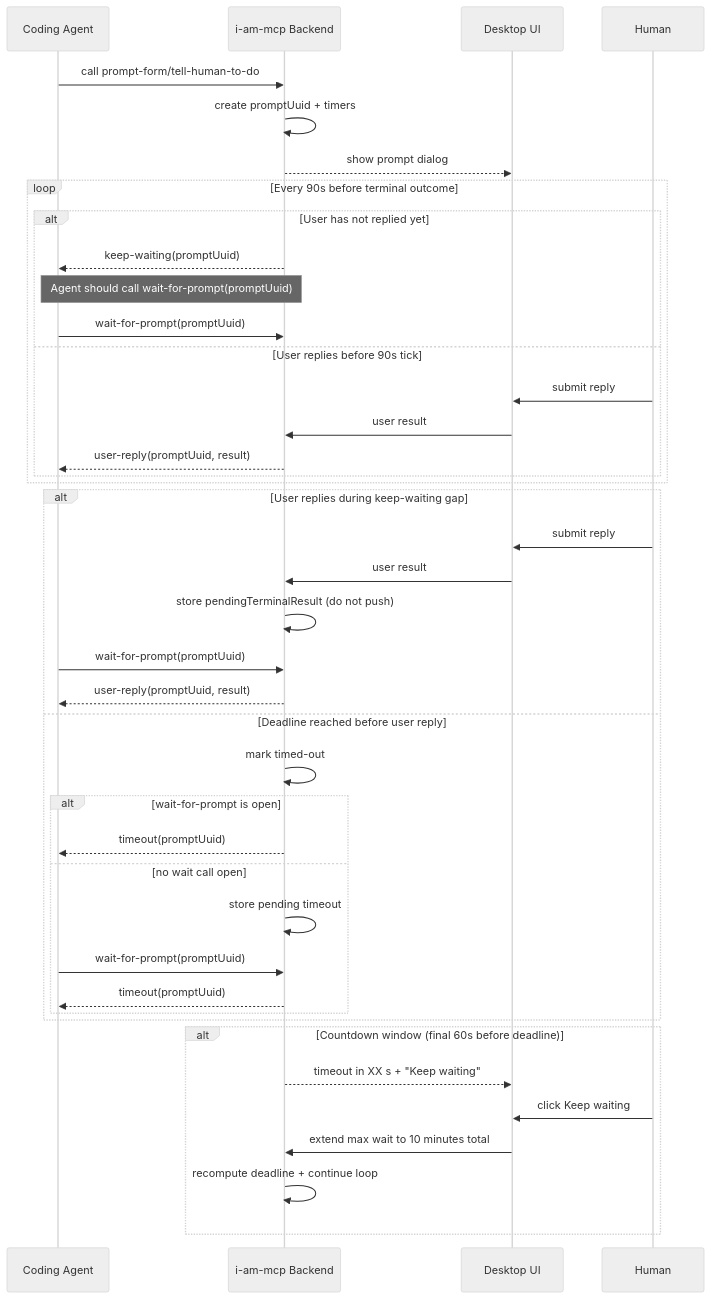
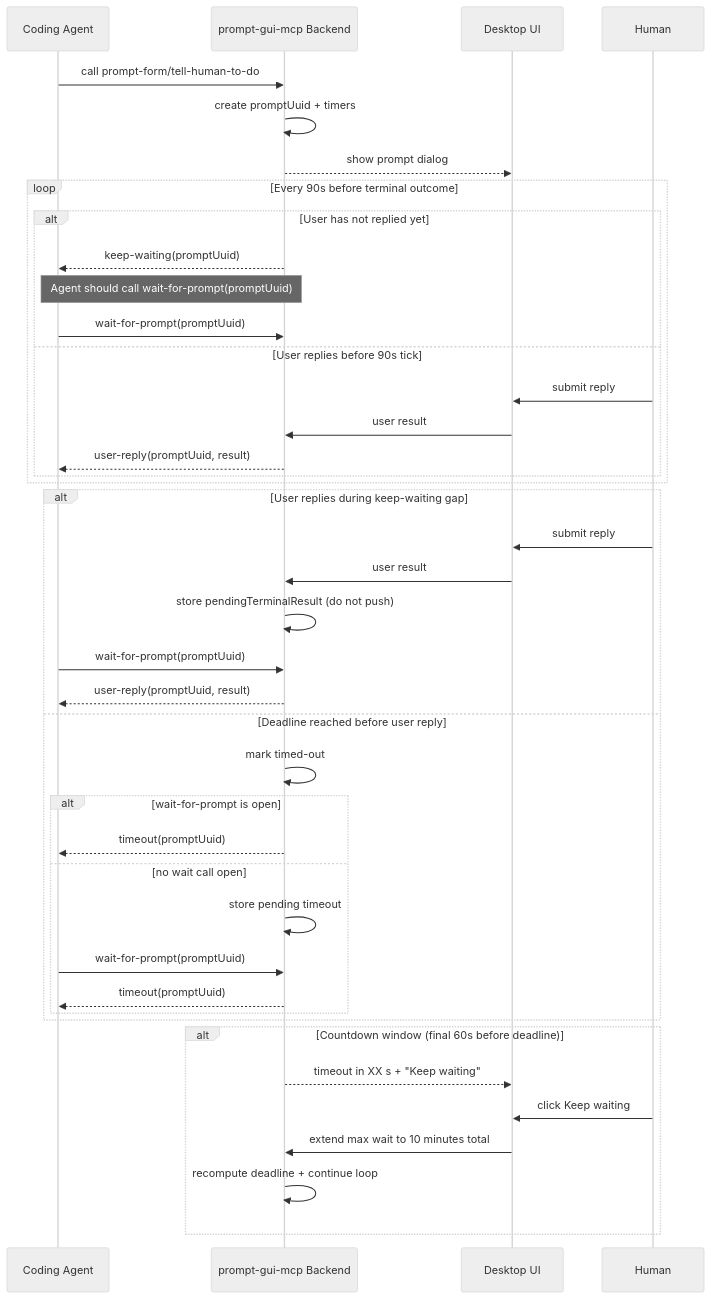
Before and after one commit to royhcj/prompt-gui-mcp: the diagram in docs/timeout.md, drawn with Mermaid (neutral theme). The commit also changed other lines of this file and 18 other files, not shown here.

Commit message:
rename project to prompt-gui-mcp

````diff
--- a/docs/timeout.md
+++ b/docs/timeout.md
@@ -146,47 +146,47 @@
 ```mermaid
 sequenceDiagram
   participant Agent as Coding Agent
-  participant Backend as i-am-mcp Backend
+  participant Backend as prompt-gui-mcp Backend
   participant UI as Desktop UI
   participant User as Human
 
   Agent->>Backend: call prompt-form/tell-human-to-do
   Backend->>Backend: create promptUuid + timers
   Backend-->>UI: show prompt dialog
 
   loop Every 90s before terminal outcome
     alt User has not replied yet
       Backend-->>Agent: keep-waiting(promptUuid)
       Note over Agent,Backend: Agent should call wait-for-prompt(promptUuid)
       Agent->>Backend: wait-for-prompt(promptUuid)
     else User replies before 90s tick
       User->>UI: submit reply
       UI->>Backend: user result
       Backend-->>Agent: user-reply(promptUuid, result)
     end
   end
 
   alt User replies during keep-waiting gap
     User->>UI: submit reply
     UI->>Backend: user result
     Backend->>Backend: store pendingTerminalResult (do not push)
     Agent->>Backend: wait-for-prompt(promptUuid)
     Backend-->>Agent: user-reply(promptUuid, result)
   else Deadline reached before user reply
     Backend->>Backend: mark timed-out
     alt wait-for-prompt is open
       Backend-->>Agent: timeout(promptUuid)
     else no wait call open
       Backend->>Backend: store pending timeout
       Agent->>Backend: wait-for-prompt(promptUuid)
       Backend-->>Agent: timeout(promptUuid)
     end
   end
 
   alt Countdown window (final 60s before deadline)
     Backend-->>UI: timeout in XX s + "Keep waiting"
     User->>UI: click Keep waiting
     UI->>Backend: extend max wait to 10 minutes total
     Backend->>Backend: recompute deadline + continue loop
   end
 ```
````
